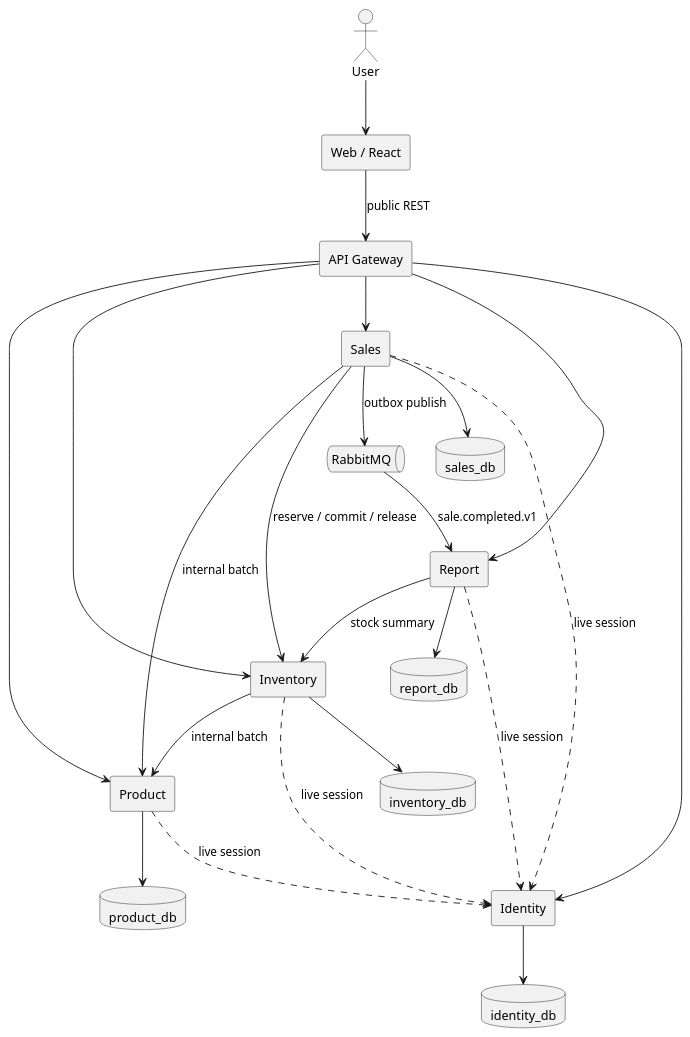
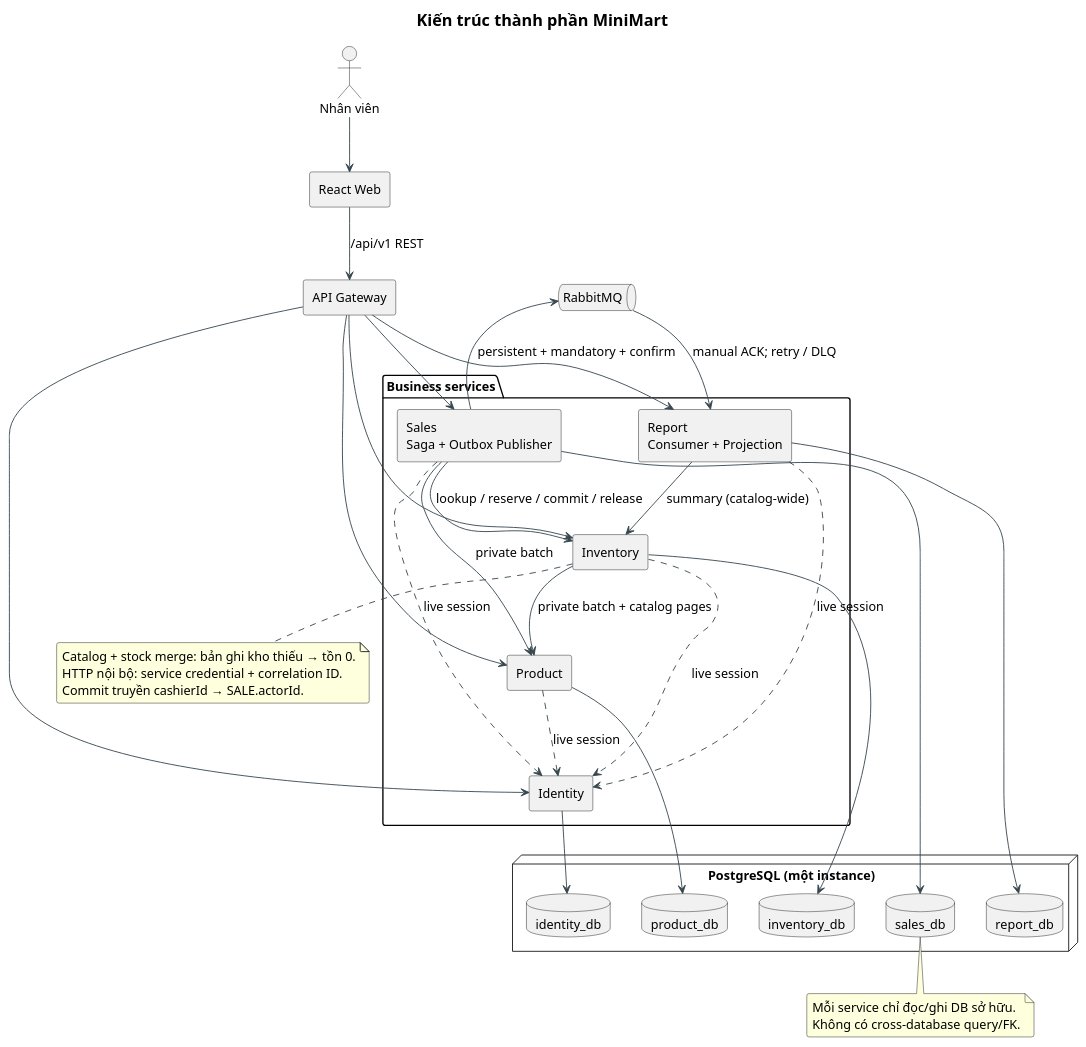
One commit to dnk22/kien-truc-phan-mem changed the diagram in docs/uml/component.puml. Above: the diagram before and after it, drawn with PlantUML. The commit also changed 320 other files, not shown here.

```diff
--- a/docs/uml/component.puml
+++ b/docs/uml/component.puml
@@ -1,39 +1,64 @@
 @startuml
+skinparam backgroundColor white
+skinparam shadowing false
+skinparam defaultFontName Arial
+skinparam defaultFontSize 14
+skinparam titleFontSize 18
+skinparam roundcorner 5
+skinparam ArrowColor #37474F
+skinparam classBackgroundColor #F7FAFC
+skinparam classBorderColor #456575
+skinparam packageBackgroundColor white
 skinparam componentStyle rectangle
-actor User
-component "Web / React" as web
+hide empty members
+title Kiến trúc thành phần MiniMart
+actor "Nhân viên" as u
+component "React Web" as web
 component "API Gateway" as gw
-component Identity as identity
-component Product as product
-component Inventory as inventory
-component Sales as sales
-component Report as report
-queue RabbitMQ as mq
-database identity_db as di
-database product_db as dp
-database inventory_db as dv
-database sales_db as ds
-database report_db as dr
-User --> web
-web --> gw : public REST
+package "Business services" {
+ component "Identity" as identity
+ component "Product" as product
+ component "Inventory" as inventory
+ component "Sales\nSaga + Outbox Publisher" as sales
+ component "Report\nConsumer + Projection" as report
+}
+node "PostgreSQL (một instance)" {
+ database identity_db as di
+ database product_db as dp
+ database inventory_db as dv
+ database sales_db as ds
+ database report_db as dr
+}
+queue "RabbitMQ" as mq
+u --> web
+web --> gw : /api/v1 REST
 gw --> identity
 gw --> product
 gw --> inventory
 gw --> sales
 gw --> report
 product ..> identity : live session
 inventory ..> identity : live session
 sales ..> identity : live session
 report ..> identity : live session
-inventory --> product : internal batch
-sales --> product : internal batch
-sales --> inventory : reserve / commit / release
-report --> inventory : stock summary
-sales --> mq : outbox publish
-mq --> report : sale.completed.v1
+inventory --> product : private batch + catalog pages
+sales --> product : private batch
+sales --> inventory : lookup / reserve / commit / release
+report --> inventory : summary (catalog-wide)
+sales --> mq : persistent + mandatory + confirm
+mq --> report : manual ACK; retry / DLQ
 identity --> di
 product --> dp
 inventory --> dv
 sales --> ds
 report --> dr
+note bottom of inventory
+Catalog + stock merge: bản ghi kho thiếu → tồn 0.
+HTTP nội bộ: service credential + correlation ID.
+Commit truyền cashierId → SALE.actorId.
+end note
+note bottom of ds
+Mỗi service chỉ đọc/ghi DB sở hữu.
+Không có cross-database query/FK.
+end note
 @enduml
```
